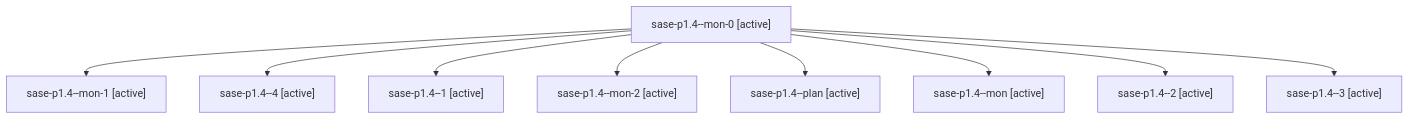
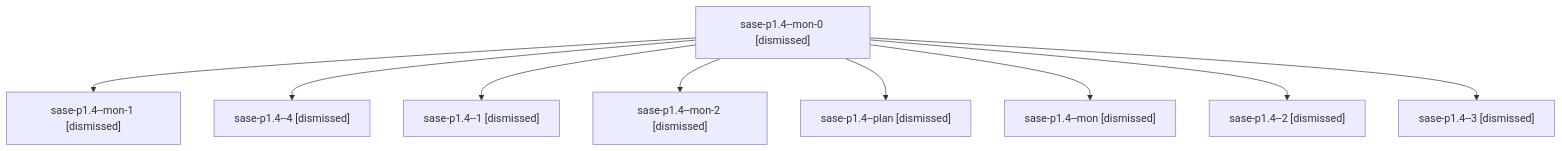
The diagram in sessions/bbugyi200.athena.sase-p1.4.md (sase-org/sase--agents), drawn with Mermaid before and after one commit. The commit also changed other lines of this file and 206 other files, not shown here.

````diff
--- a/sessions/bbugyi200.athena.sase-p1.4.md
+++ b/sessions/bbugyi200.athena.sase-p1.4.md
@@ -9,20 +9,20 @@
 ```mermaid
 flowchart TD
-  n0["sase-p1.4--mon-0 [active]"]
-  n1["sase-p1.4--mon-1 [active]"]
+  n0["sase-p1.4--mon-0 [dismissed]"]
+  n1["sase-p1.4--mon-1 [dismissed]"]
   n0 --> n1
-  n2["sase-p1.4--4 [active]"]
+  n2["sase-p1.4--4 [dismissed]"]
   n0 --> n2
-  n3["sase-p1.4--1 [active]"]
+  n3["sase-p1.4--1 [dismissed]"]
   n0 --> n3
-  n4["sase-p1.4--mon-2 [active]"]
+  n4["sase-p1.4--mon-2 [dismissed]"]
   n0 --> n4
-  n5["sase-p1.4--plan [active]"]
+  n5["sase-p1.4--plan [dismissed]"]
   n0 --> n5
-  n6["sase-p1.4--mon [active]"]
+  n6["sase-p1.4--mon [dismissed]"]
   n0 --> n6
-  n7["sase-p1.4--2 [active]"]
+  n7["sase-p1.4--2 [dismissed]"]
   n0 --> n7
-  n8["sase-p1.4--3 [active]"]
+  n8["sase-p1.4--3 [dismissed]"]
   n0 --> n8
 ```
````
